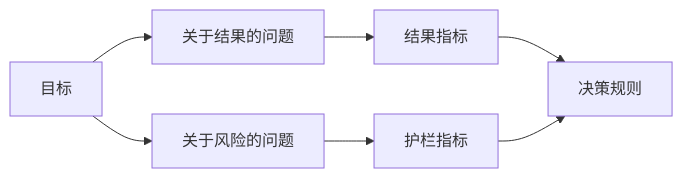
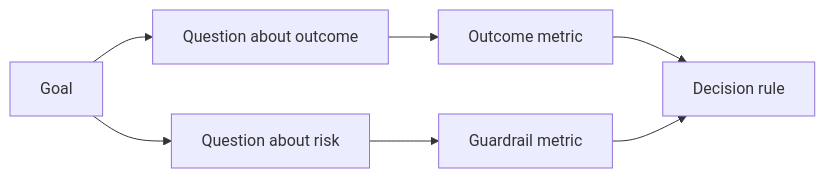
Before and after one commit to xiaojiaenen/ai-engineering-from-scratch-zh: the diagram in i18n/zh/phases/14-agent-engineering/52-design-success-metrics/docs/zh.md, drawn with Mermaid. The commit also changed other lines of this file and 54 other files, not shown here.

````diff
--- a/i18n/zh/phases/14-agent-engineering/52-design-success-metrics/docs/zh.md
+++ b/i18n/zh/phases/14-agent-engineering/52-design-success-metrics/docs/zh.md
@@ -32,9 +32,9 @@
 ```mermaid
 flowchart LR
-  G[目标] --> Q1[关于结果的问题]
-  G --> Q2[关于风险的问题]
-  Q1 --> M1[结果指标]
-  Q2 --> M2[护栏指标]
-  M1 --> D[决策规则]
+  G[Goal] --> Q1[Question about outcome]
+  G --> Q2[Question about risk]
+  Q1 --> M1[Outcome metric]
+  Q2 --> M2[Guardrail metric]
+  M1 --> D[Decision rule]
   M2 --> D
 ```
````
